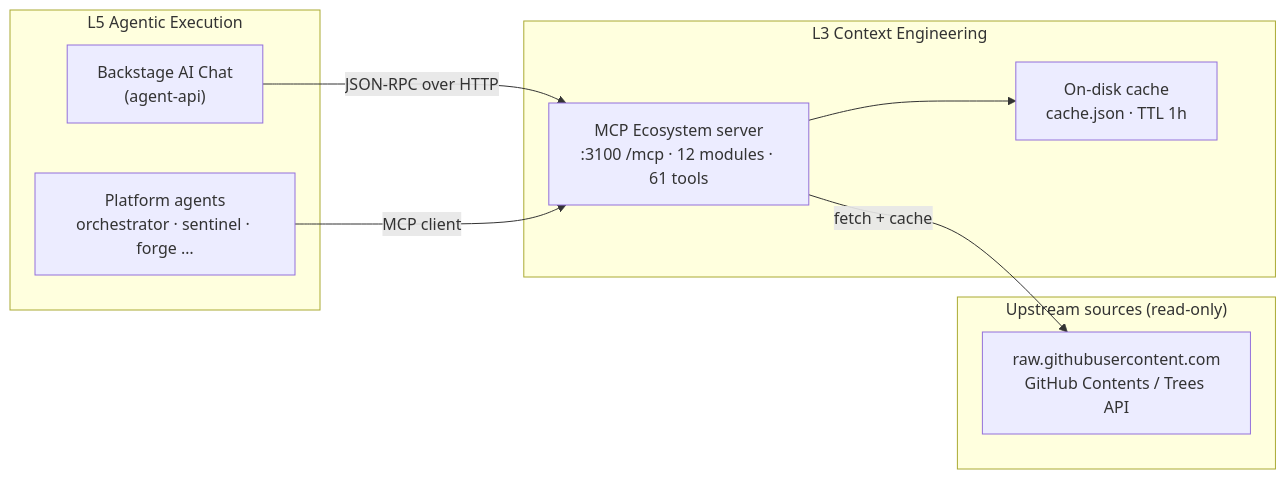
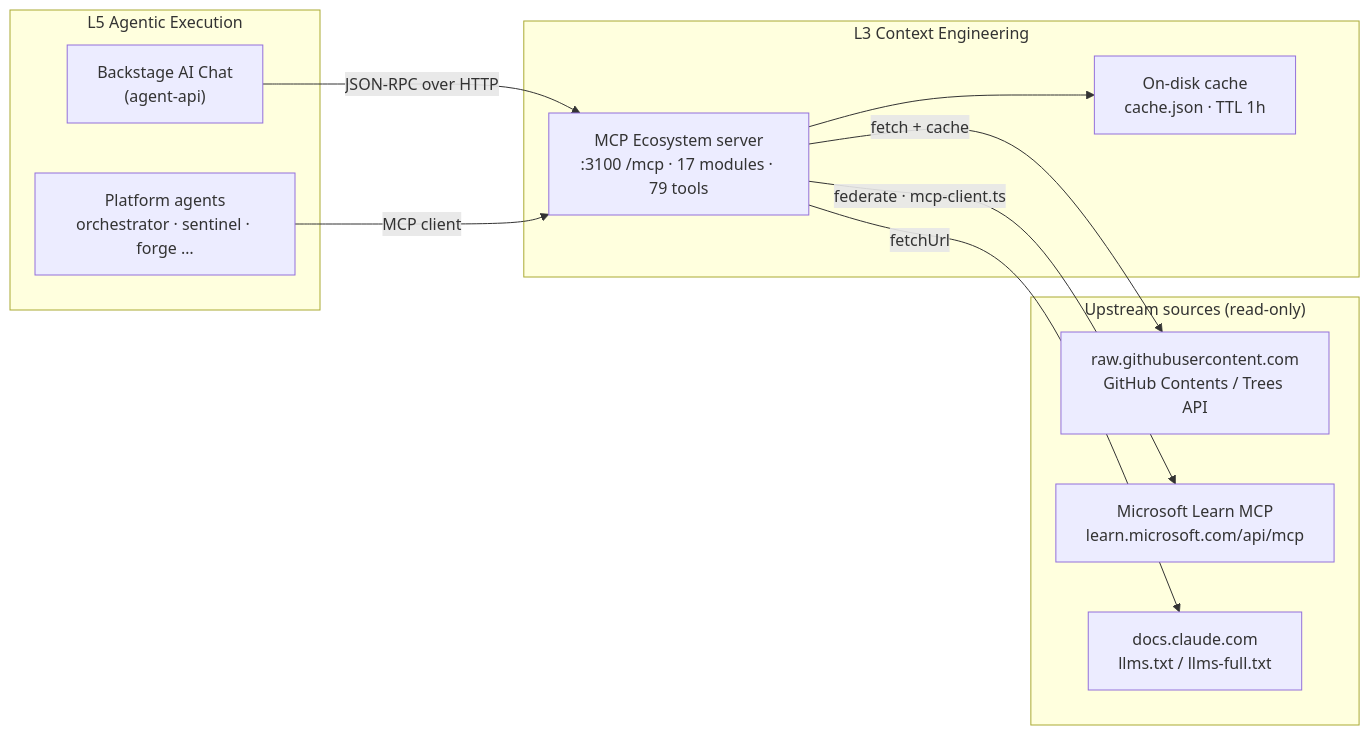
One commit to Ohorizons/ohorizons-lastest changed the first of 5 diagrams in mcp-servers/ARCHITECTURE.md. Above: the diagram before and after it, drawn with Mermaid. The commit also changed other lines of this file and 23 other files, not shown here.

First line of the commit message:
Add Environment Sizing & Region Guide and MCP Ecosystem Architecture SVG

````diff
--- a/mcp-servers/ARCHITECTURE.md
+++ b/mcp-servers/ARCHITECTURE.md
@@ -27,19 +35,23 @@
 ```mermaid
 flowchart LR
     subgraph L5["L5 Agentic Execution"]
         AIChat["Backstage AI Chat<br/>(agent-api)"]
         Agents["Platform agents<br/>orchestrator · sentinel · forge …"]
     end
     subgraph L3["L3 Context Engineering"]
-        ECO["MCP Ecosystem server<br/>:3100 /mcp · 12 modules · 61 tools"]
+        ECO["MCP Ecosystem server<br/>:3100 /mcp · 17 modules · 79 tools"]
         CACHE["On-disk cache<br/>cache.json · TTL 1h"]
     end
     subgraph UP["Upstream sources (read-only)"]
         GH["raw.githubusercontent.com<br/>GitHub Contents / Trees API"]
+        MSL["Microsoft Learn MCP<br/>learn.microsoft.com/api/mcp"]
+        CL["docs.claude.com<br/>llms.txt / llms-full.txt"]
     end
 
     AIChat -->|JSON-RPC over HTTP| ECO
     Agents -->|MCP client| ECO
     ECO --> CACHE
     ECO -->|fetch + cache| GH
+    ECO -->|federate · mcp-client.ts| MSL
+    ECO -->|fetchUrl| CL
 ```
````
